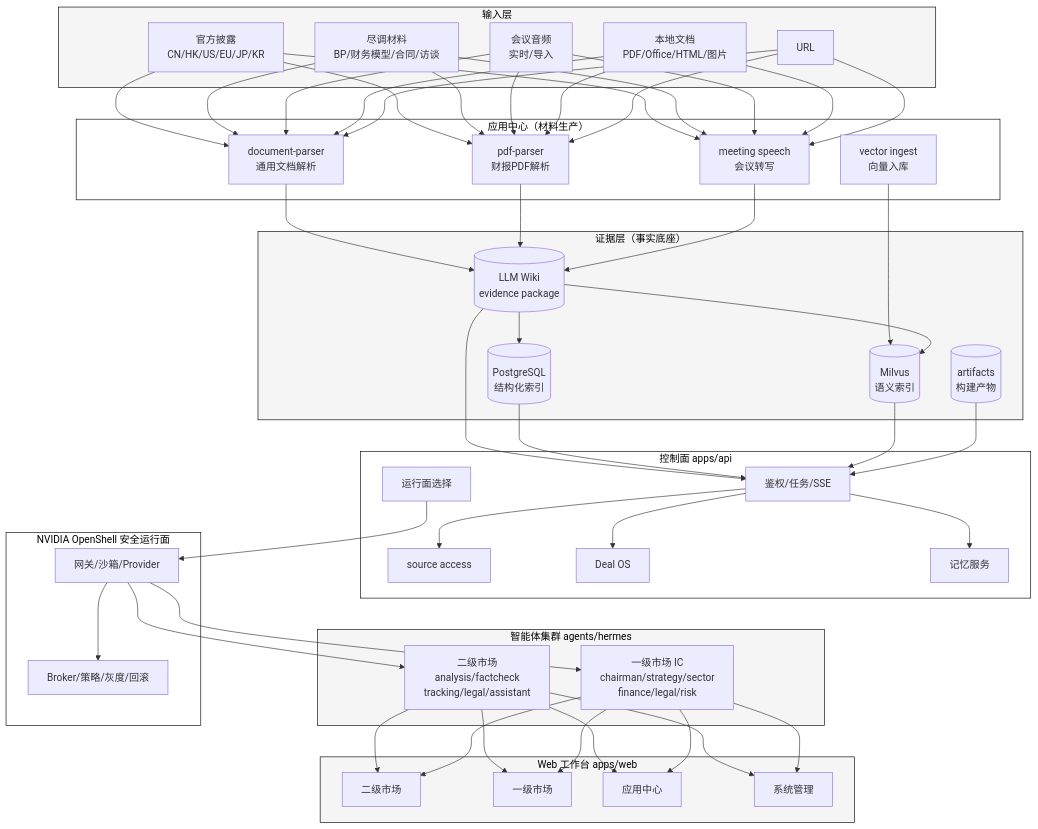
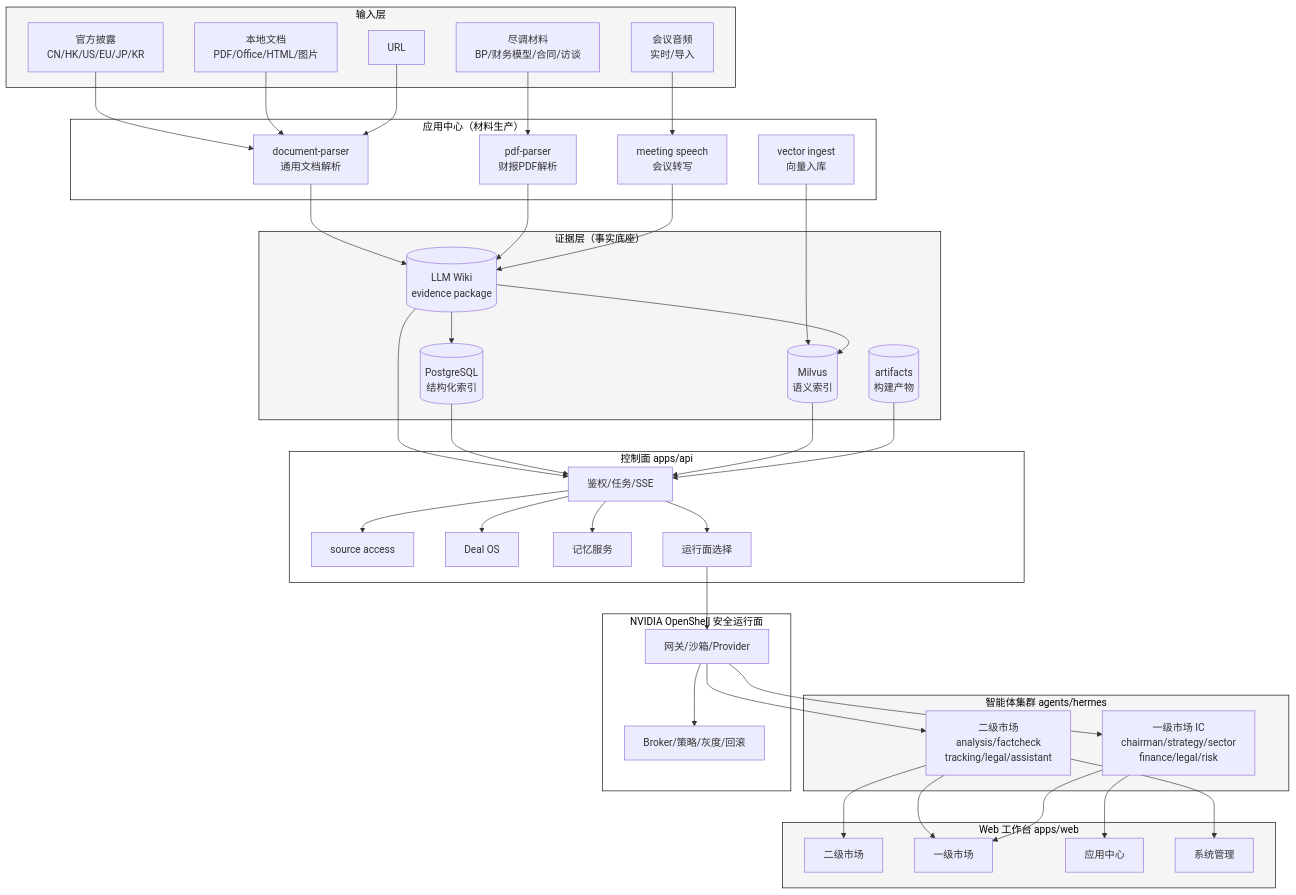
The first of 3 diagrams in docs/site/architecture/overview.md (maoyadongsh/siq-research-engine), drawn with Mermaid before and after one commit. The commit also changed other lines of this file and 7 other files, not shown here.

```diff
--- a/docs/site/architecture/overview.md
+++ b/docs/site/architecture/overview.md
@@ -51,17 +51,34 @@
         G4[系统管理]
     end
 
-    A1 & A2 & A3 & A4 & A5 --> B1 & B2 & B3
-    B1 & B2 & B3 --> C1
+    A1 --> B1
+    A2 --> B2
+    A3 --> B3
+    A4 --> B1
+    A5 --> B1
+    B1 --> C1
+    B2 --> C1
+    B3 --> C1
     B4 --> C3
     C1 --> C2
     C1 --> C3
-    C1 & C2 & C3 & C4 --> D1
-    D1 --> D2 & D3 & D4
+    C1 --> D1
+    C2 --> D1
+    C3 --> D1
+    C4 --> D1
+    D1 --> D2
+    D1 --> D3
+    D1 --> D4
+    D1 --> D5
     D5 --> F1
     F1 --> F2
-    F1 --> E1 & E2
-    E1 & E2 --> G1 & G2 & G3 & G4
+    F1 --> E1
+    F1 --> E2
+    E1 --> G1
+    E1 --> G2
+    E2 --> G2
+    E2 --> G3
+    E1 --> G4
 
     style Inputs fill:#f5f5f5,stroke:#000,color:#000
     style AppCenter fill:#fff,stroke:#000,color:#000
```
